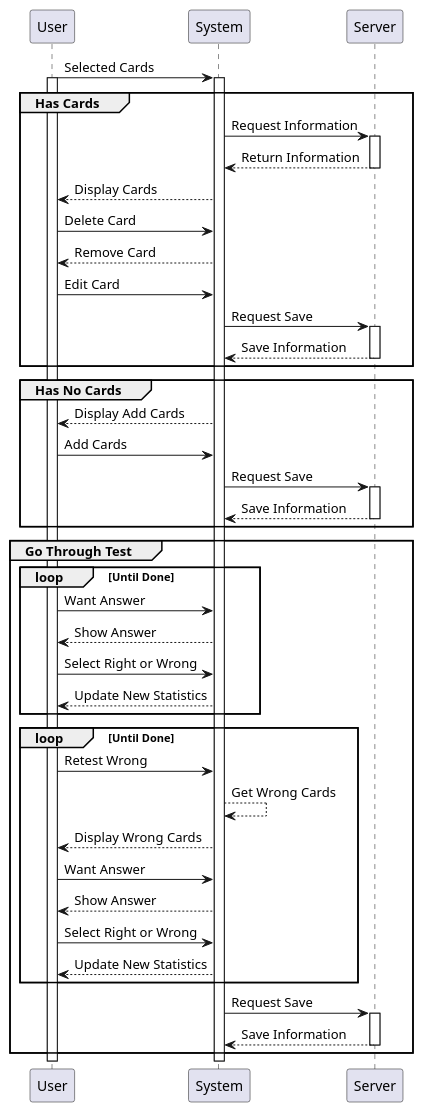
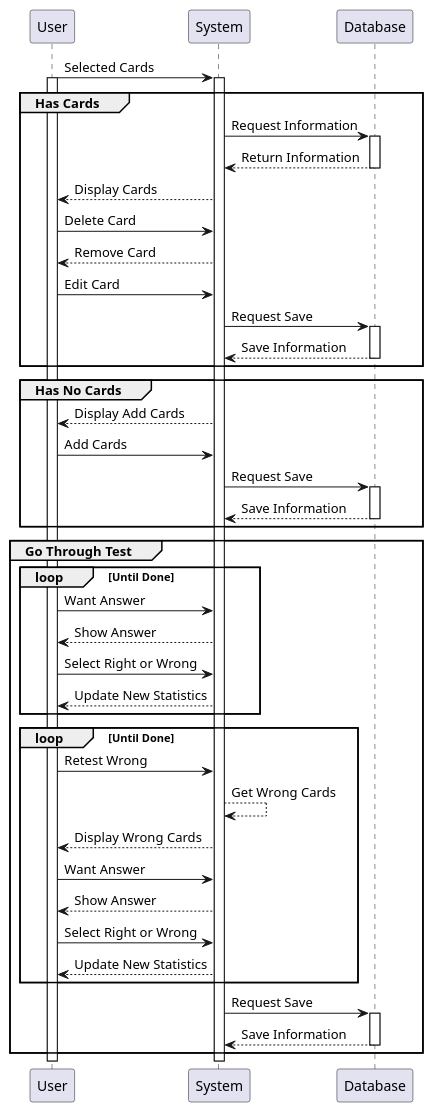
Before and after one commit to ultiferrago/ElStudioGato: the diagram in app/UML/SSD/SSDCards.puml, drawn with PlantUML. The commit also changed 8 other files, not shown here.

Commit message:
UML update

```diff
--- a/app/UML/SSD/SSDCards.puml
+++ b/app/UML/SSD/SSDCards.puml
@@ -1,51 +1,51 @@
 @startuml
 User -> System : Selected Cards
 activate User
 activate System
 group Has Cards
-System -> Server : Request Information
-activate Server
-Server --> System : Return Information
-deactivate Server
+System -> Database : Request Information
+activate Database
+Database --> System : Return Information
+deactivate Database
 System --> User : Display Cards
 User -> System : Delete Card
 System --> User : Remove Card
 User -> System : Edit Card
-System -> Server : Request Save
-activate Server
-Server --> System: Save Information
-deactivate Server
+System -> Database: Request Save
+activate Database
+Database --> System: Save Information
+deactivate Database
 end
 
 group Has No Cards
 System --> User : Display Add Cards
 User -> System : Add Cards
-System -> Server : Request Save
-activate Server
-Server --> System: Save Information
-deactivate Server
+System -> Database : Request Save
+activate Database
+Database --> System: Save Information
+deactivate Database
 end
 
 group Go Through Test
 loop Until Done
 User -> System : Want Answer
 System --> User : Show Answer
 User -> System : Select Right or Wrong
 System --> User : Update New Statistics
 end
 loop Until Done
 User -> System : Retest Wrong
 System --> System : Get Wrong Cards
 System --> User: Display Wrong Cards
 User -> System : Want Answer
 System --> User : Show Answer
 User -> System : Select Right or Wrong
 System --> User : Update New Statistics
 end
-System -> Server : Request Save
-activate Server
-Server --> System: Save Information
-deactivate Server
+System -> Database : Request Save
+activate Database
+Database --> System: Save Information
+deactivate Database
 end
 
 @enduml
```
